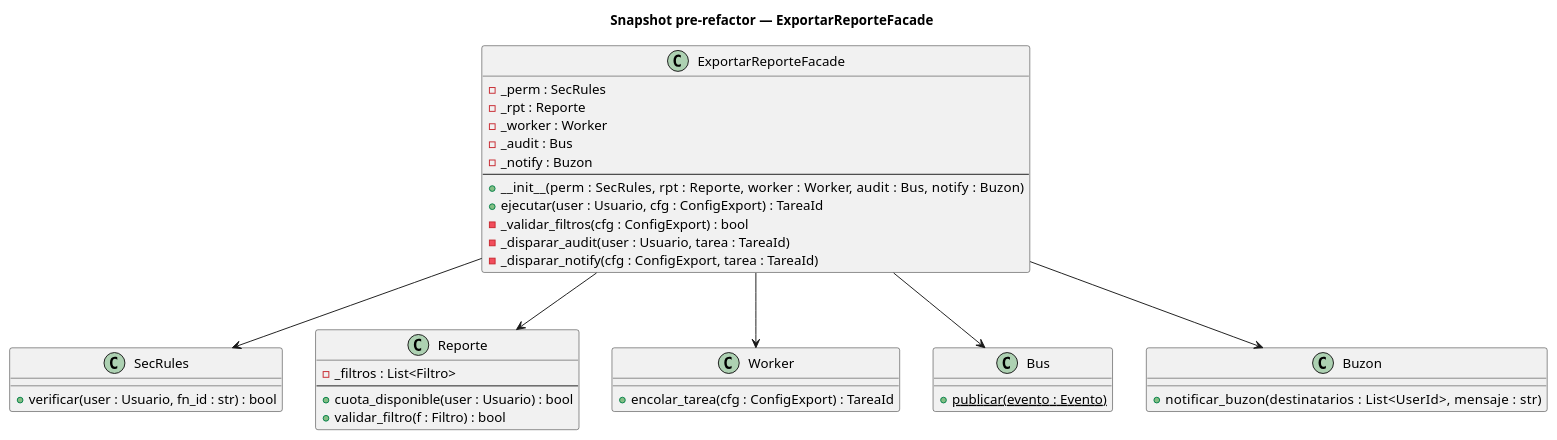
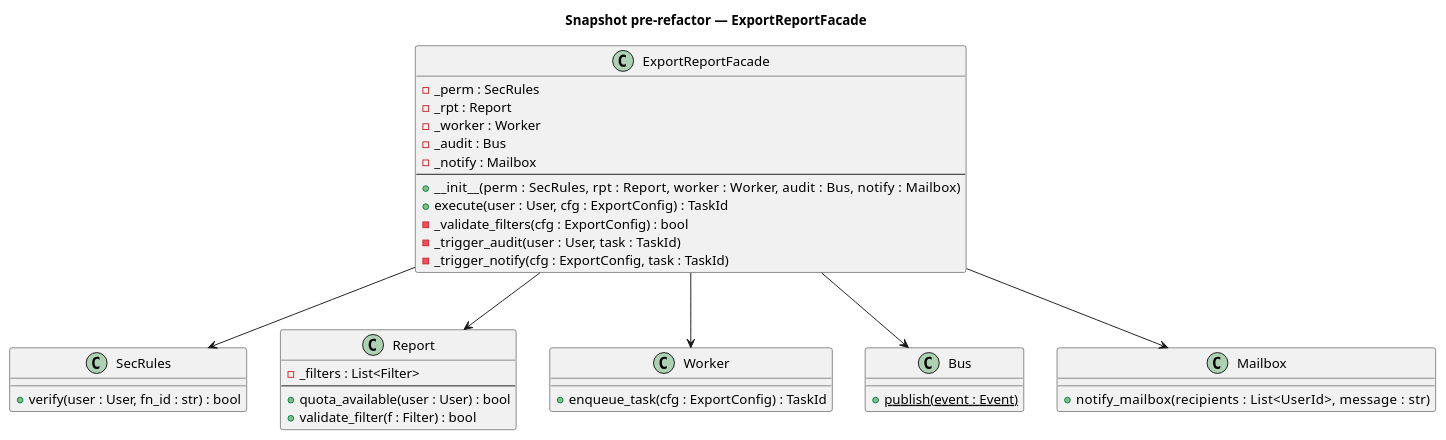
Before and after one commit to jcg-admin/IACT-docs: the diagram in source/requisitos/_metodologia-aplicacion/relaciones-uml/ejemplo-iact-snapshot-pre-refactor.rst, drawn with PlantUML. The commit also changed 19 other files, not shown here.

First line of the commit message:
Translate identifiers in B-C relaciones-uml/ (T-011..T-030)

```diff
--- a/source/requisitos/_metodologia-aplicacion/relaciones-uml/ejemplo-iact-snapshot-pre-refactor.rst
+++ b/source/requisitos/_metodologia-aplicacion/relaciones-uml/ejemplo-iact-snapshot-pre-refactor.rst
@@ -7,50 +7,50 @@
 .. uml::
 
    @startuml
-   title Snapshot pre-refactor — ExportarReporteFacade
+   title Snapshot pre-refactor — ExportReportFacade
 
-   class ExportarReporteFacade {
+   class ExportReportFacade {
      - _perm : SecRules
-     - _rpt : Reporte
+     - _rpt : Report
      - _worker : Worker
      - _audit : Bus
-     - _notify : Buzon
+     - _notify : Mailbox
      --
-     + __init__(perm : SecRules, rpt : Reporte, \
-       worker : Worker, audit : Bus, notify : Buzon)
-     + ejecutar(user : Usuario, cfg : ConfigExport) : TareaId
-     - _validar_filtros(cfg : ConfigExport) : bool
-     - _disparar_audit(user : Usuario, tarea : TareaId)
-     - _disparar_notify(cfg : ConfigExport, tarea : TareaId)
+     + __init__(perm : SecRules, rpt : Report, \
+       worker : Worker, audit : Bus, notify : Mailbox)
+     + execute(user : User, cfg : ExportConfig) : TaskId
+     - _validate_filters(cfg : ExportConfig) : bool
+     - _trigger_audit(user : User, task : TaskId)
+     - _trigger_notify(cfg : ExportConfig, task : TaskId)
    }
 
    class SecRules {
-     + verificar(user : Usuario, fn_id : str) : bool
+     + verify(user : User, fn_id : str) : bool
    }
 
-   class Reporte {
-     - _filtros : List<Filtro>
+   class Report {
+     - _filters : List<Filter>
      --
-     + cuota_disponible(user : Usuario) : bool
-     + validar_filtro(f : Filtro) : bool
+     + quota_available(user : User) : bool
+     + validate_filter(f : Filter) : bool
    }
 
    class Worker {
-     + encolar_tarea(cfg : ConfigExport) : TareaId
+     + enqueue_task(cfg : ExportConfig) : TaskId
    }
 
    class Bus {
-     {static} + publicar(evento : Evento)
+     {static} + publish(event : Event)
    }
 
-   class Buzon {
-     + notificar_buzon(destinatarios : List<UserId>, \
-       mensaje : str)
+   class Mailbox {
+     + notify_mailbox(recipients : List<UserId>, \
+       message : str)
    }
 
-   ExportarReporteFacade --> SecRules
-   ExportarReporteFacade --> Reporte
-   ExportarReporteFacade --> Worker
-   ExportarReporteFacade --> Bus
-   ExportarReporteFacade --> Buzon
+   ExportReportFacade --> SecRules
+   ExportReportFacade --> Report
+   ExportReportFacade --> Worker
+   ExportReportFacade --> Bus
+   ExportReportFacade --> Mailbox
    @enduml
```
